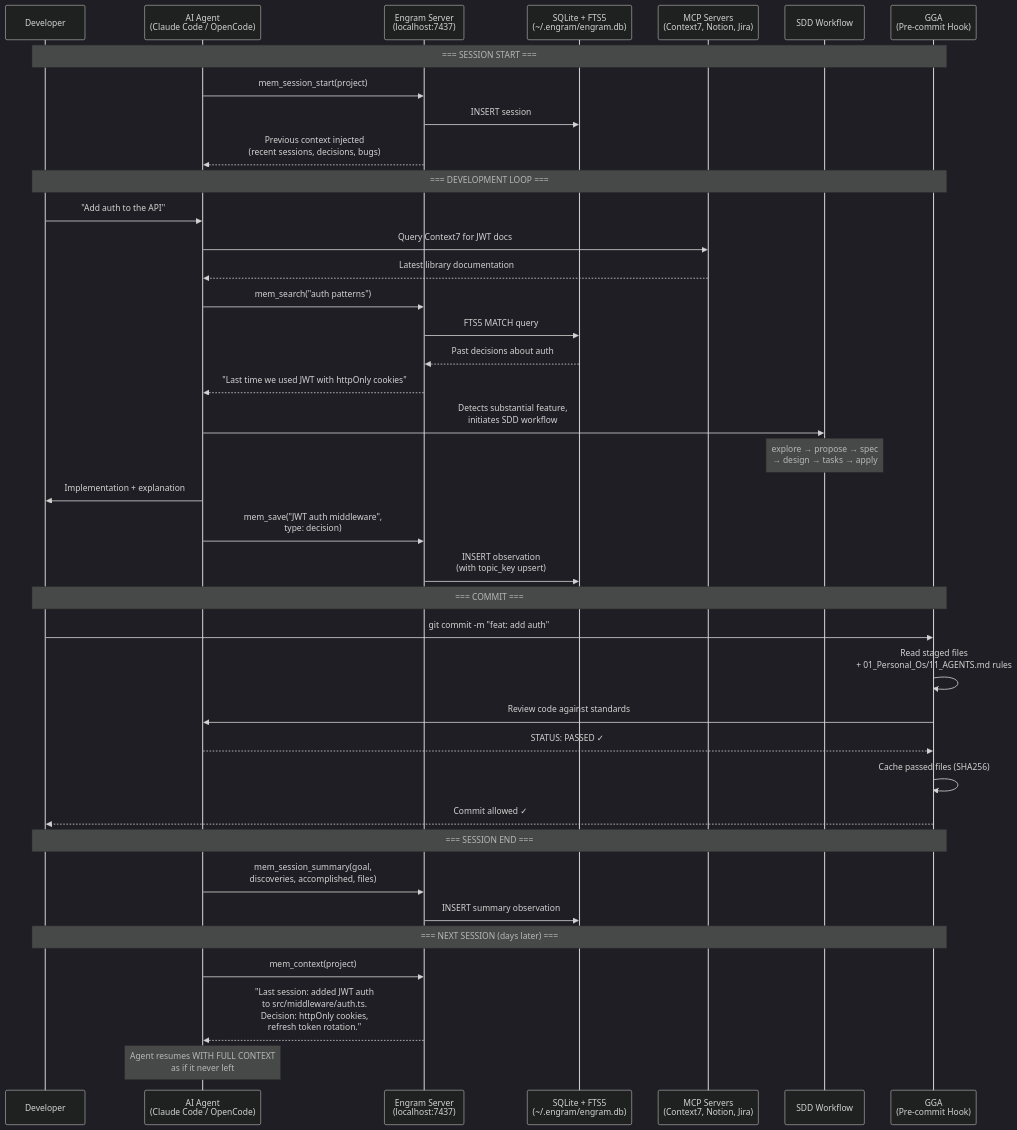
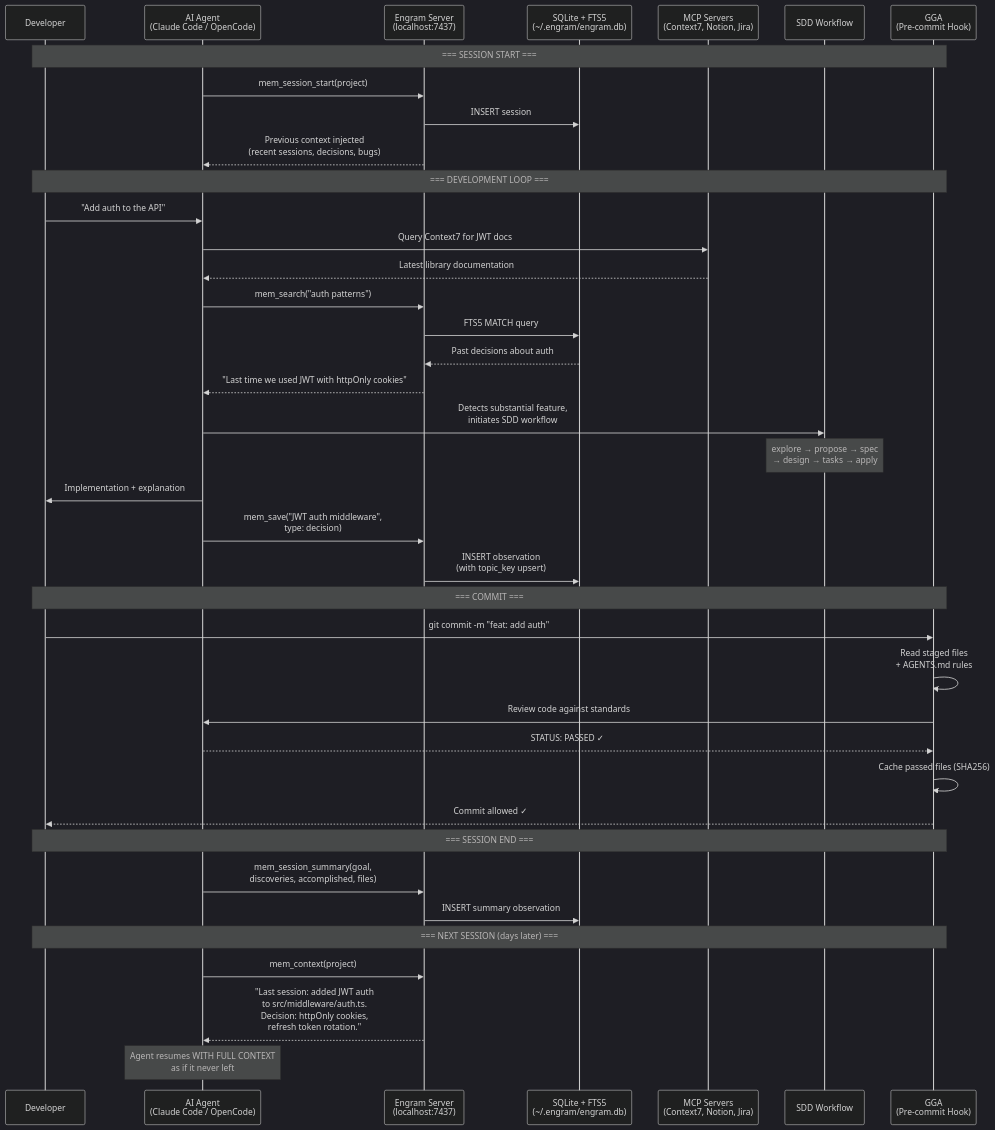
One commit to esjesusobando/Consequences changed the fifth of 7 diagrams in 01_Personal_Os/05_Archive/03_Backups_Refs/01_Repos_Reference/02_Repos_Gentleman/10_Gentle_AI/PRD.md. Above: the diagram before and after it, drawn with Mermaid (dark theme). The commit also changed other lines of this file and 1396 other files, not shown here.

````diff
--- a/01_Personal_Os/05_Archive/03_Backups_Refs/01_Repos_Reference/02_Repos_Gentleman/10_Gentle_AI/PRD.md
+++ b/01_Personal_Os/05_Archive/03_Backups_Refs/01_Repos_Reference/02_Repos_Gentleman/10_Gentle_AI/PRD.md
@@ -880,54 +880,54 @@
 ```mermaid
 sequenceDiagram
     participant Dev as Developer
     participant Agent as AI Agent<br/>(Claude Code / OpenCode)
     participant Engram as Engram Server<br/>(localhost:7437)
     participant DB as SQLite + FTS5<br/>(~/.engram/engram.db)
     participant MCP as MCP Servers<br/>(Context7, Notion, Jira)
     participant SDD as SDD Workflow
     participant GGA as GGA<br/>(Pre-commit Hook)
 
     Note over Dev,GGA: === SESSION START ===
 
     Agent->>Engram: mem_session_start(project)
     Engram->>DB: INSERT session
     Engram-->>Agent: Previous context injected<br/>(recent sessions, decisions, bugs)
 
     Note over Dev,GGA: === DEVELOPMENT LOOP ===
 
     Dev->>Agent: "Add auth to the API"
     Agent->>MCP: Query Context7 for JWT docs
     MCP-->>Agent: Latest library documentation
     Agent->>Engram: mem_search("auth patterns")
     Engram->>DB: FTS5 MATCH query
     DB-->>Engram: Past decisions about auth
     Engram-->>Agent: "Last time we used JWT with httpOnly cookies"
 
     Agent->>SDD: Detects substantial feature,<br/>initiates SDD workflow
     Note over SDD: explore → propose → spec<br/>→ design → tasks → apply
 
     Agent->>Dev: Implementation + explanation
 
     Agent->>Engram: mem_save("JWT auth middleware",<br/>type: decision)
     Engram->>DB: INSERT observation<br/>(with topic_key upsert)
 
     Note over Dev,GGA: === COMMIT ===
 
     Dev->>GGA: git commit -m "feat: add auth"
-    GGA->>GGA: Read staged files<br/>+ 01_Personal_Os/11_AGENTS.md rules
+    GGA->>GGA: Read staged files<br/>+ AGENTS.md rules
     GGA->>Agent: Review code against standards
     Agent-->>GGA: STATUS: PASSED ✓
     GGA->>GGA: Cache passed files (SHA256)
     GGA-->>Dev: Commit allowed ✓
 
     Note over Dev,GGA: === SESSION END ===
 
     Agent->>Engram: mem_session_summary(goal,<br/>discoveries, accomplished, files)
     Engram->>DB: INSERT summary observation
 
     Note over Dev,GGA: === NEXT SESSION (days later) ===
 
     Agent->>Engram: mem_context(project)
     Engram-->>Agent: "Last session: added JWT auth<br/>to src/middleware/auth.ts.<br/>Decision: httpOnly cookies,<br/>refresh token rotation."
     Note over Agent: Agent resumes WITH FULL CONTEXT<br/>as if it never left
 ```
````
